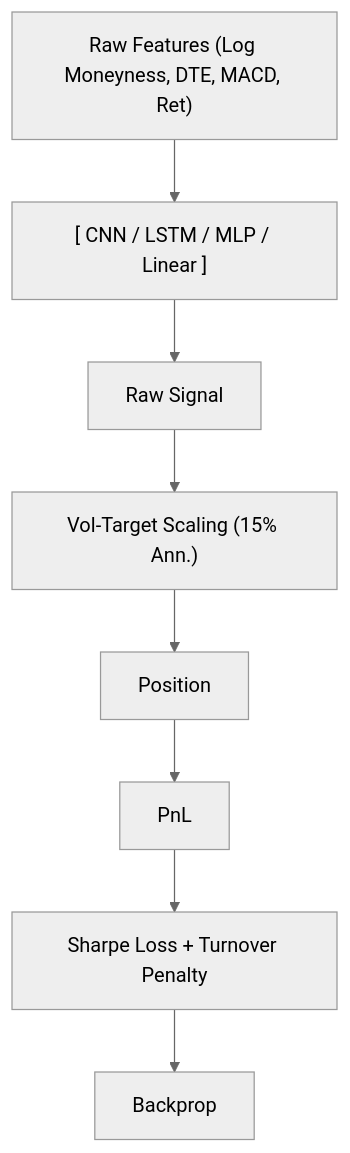
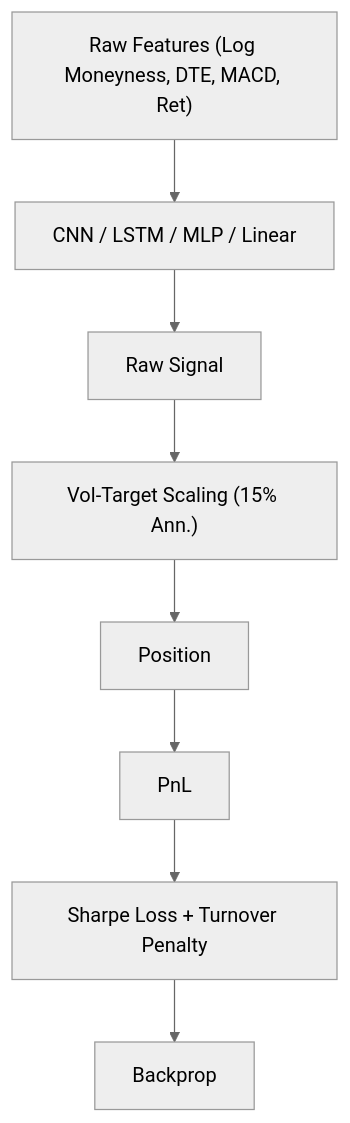
One commit to sou350121/Trading-Handbook changed the diagram in foundations/time-series-forecasting/art-36.md. Above: the diagram before and after it, drawn with Mermaid (neutral theme). The commit also changed 191 other files, not shown here.

First line of the commit message:
render: fix math + mermaid for GitHub across the corpus (188 pages)

````diff
--- a/foundations/time-series-forecasting/art-36.md
+++ b/foundations/time-series-forecasting/art-36.md
@@ -30,10 +30,10 @@
 ```mermaid
 flowchart TD
-    A["Raw Features (Log Moneyness, DTE, MACD, Ret)"] --> B["[ CNN / LSTM / MLP / Linear ]"]
+    A["Raw Features (Log Moneyness, DTE, MACD, Ret)"] --> B[" CNN / LSTM / MLP / Linear "]
     B --> C["Raw Signal"]
     C --> D["Vol-Target Scaling (15% Ann.)"]
     D --> E["Position"]
     E --> F["PnL"]
     F --> G["Sharpe Loss + Turnover Penalty"]
     G --> H["Backprop"]
 ```
````
